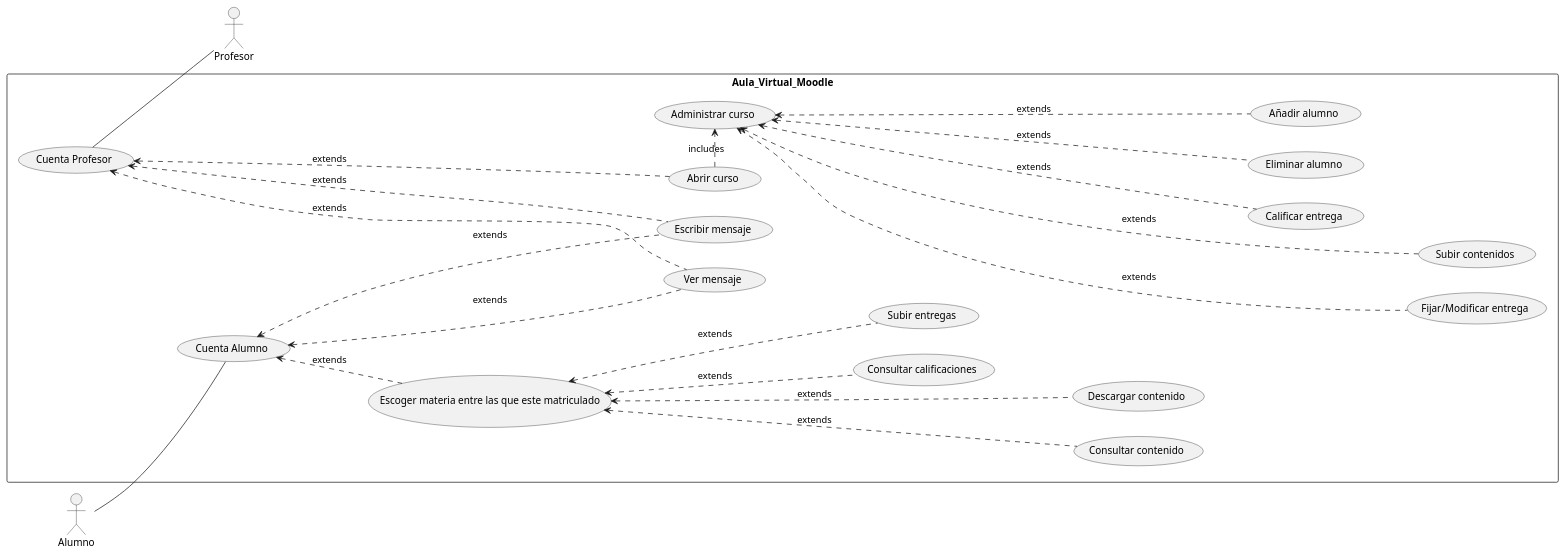
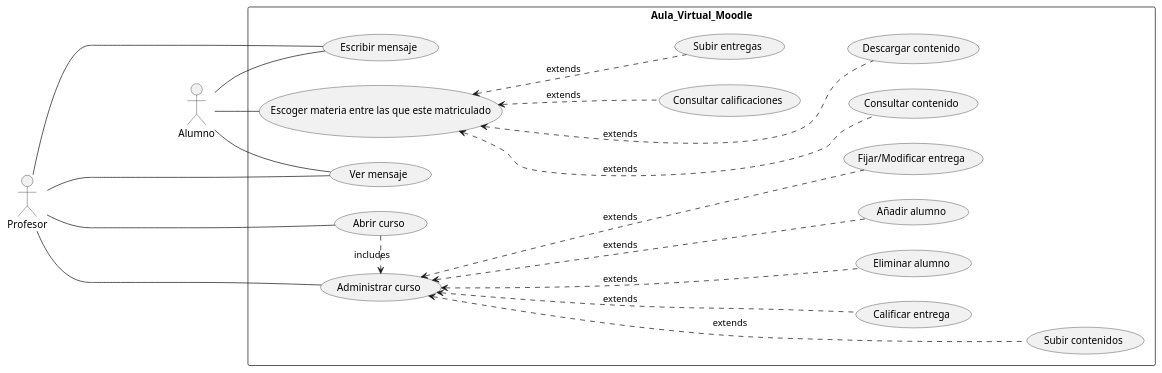
One commit to mgi007/PCV06-10 changed the diagram in src/Ejercicio2.puml. Above: the diagram before and after it, drawn with PlantUML. The commit also changed 6 other files, not shown here.

Commit message:
Práctica diagrama casos de uso UML con PlantUML

```diff
--- a/src/Ejercicio2.puml
+++ b/src/Ejercicio2.puml
@@ -1,65 +1,61 @@
 @startuml Ejercicio 2
 
 skinparam packageStyle rectangle
 left to right direction
 
 actor Alumno
 actor Profesor
 
 rectangle Aula_Virtual_Moodle {
     (Abrir curso) as (AbrirCur)
     (Administrar curso) as (AdminCur)
 
-    (Cuenta Alumno) as (CueAlu)
     (Escoger materia entre las que este matriculado) as (EsMa)
-    (Cuenta Profesor) as (CuenProf)
 
     (Subir entregas) as (SubEnt)
     (Consultar contenido) as (ConCon)
     (Descargar contenido) as (DesCon)
     (Consultar calificaciones) as (ConCal)
 
     (Fijar/Modificar entrega) as (Ent)
     (Subir contenidos) as (Sub)
     (Calificar entrega) as (Cal)
     
     (Ver mensaje) as (VerMen)
     (Escribir mensaje) as (EscMen)
 
     (Eliminar alumno) as (ElAl)
     (Añadir alumno) as (AnAl)
     
-    Profesor -up- CuenProf
-    Alumno -- CueAlu
+    Alumno -- EscMen
+    Alumno -- VerMen
 
-    CueAlu <.. EsMa : extends
+    Alumno -- EsMa
 
     EsMa <.... DesCon : extends
     EsMa <.... ConCon : extends
     EsMa <... SubEnt : extends
     EsMa <... ConCal : extends
-    CueAlu <... EscMen : extends
-    CueAlu <... VerMen : extends
 
     AbrirCur .> AdminCur : includes
     
-
-    CuenProf <.... EscMen : extends
-    CuenProf <.... VerMen : extends
-    CuenProf <.... AbrirCur : extends
-    AdminCur <..... Ent : extends
+    Profesor ----- EscMen
+    Profesor ----- VerMen
+    Profesor ----- AbrirCur
+    Profesor ----- AdminCur
+    AdminCur <.... Ent : extends
     AdminCur <..... Sub : extends
     AdminCur <.... Cal : extends
     AdminCur <.... AnAl : extends
     AdminCur <.... ElAl : extends
     
 
     
 
 
 
 
     
 }
 
 @enduml
```
